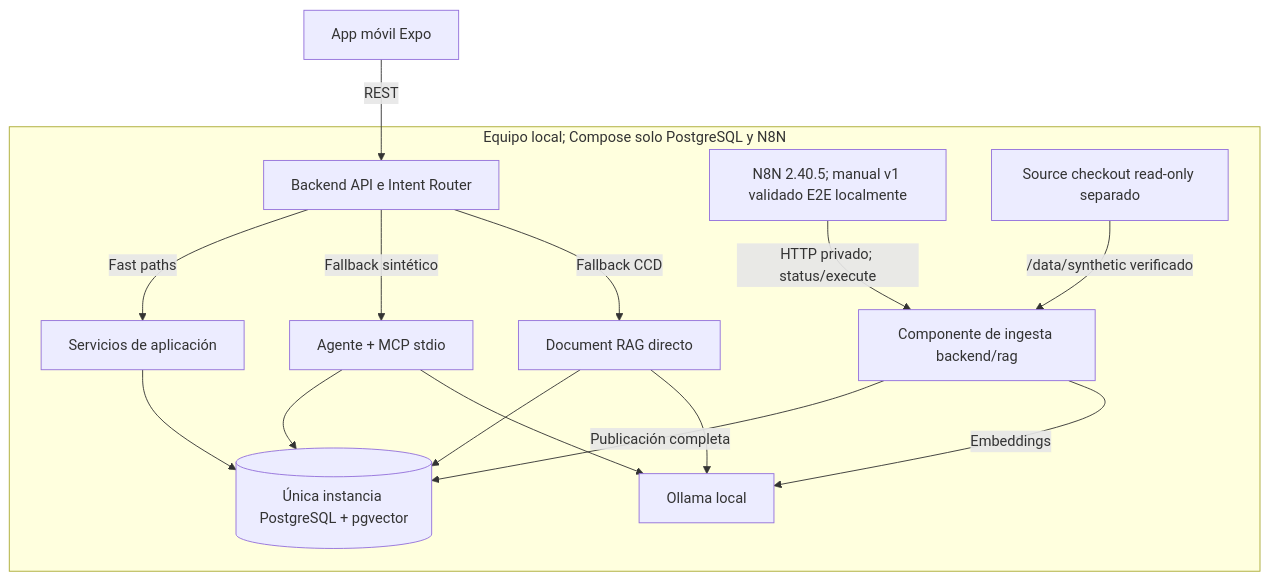
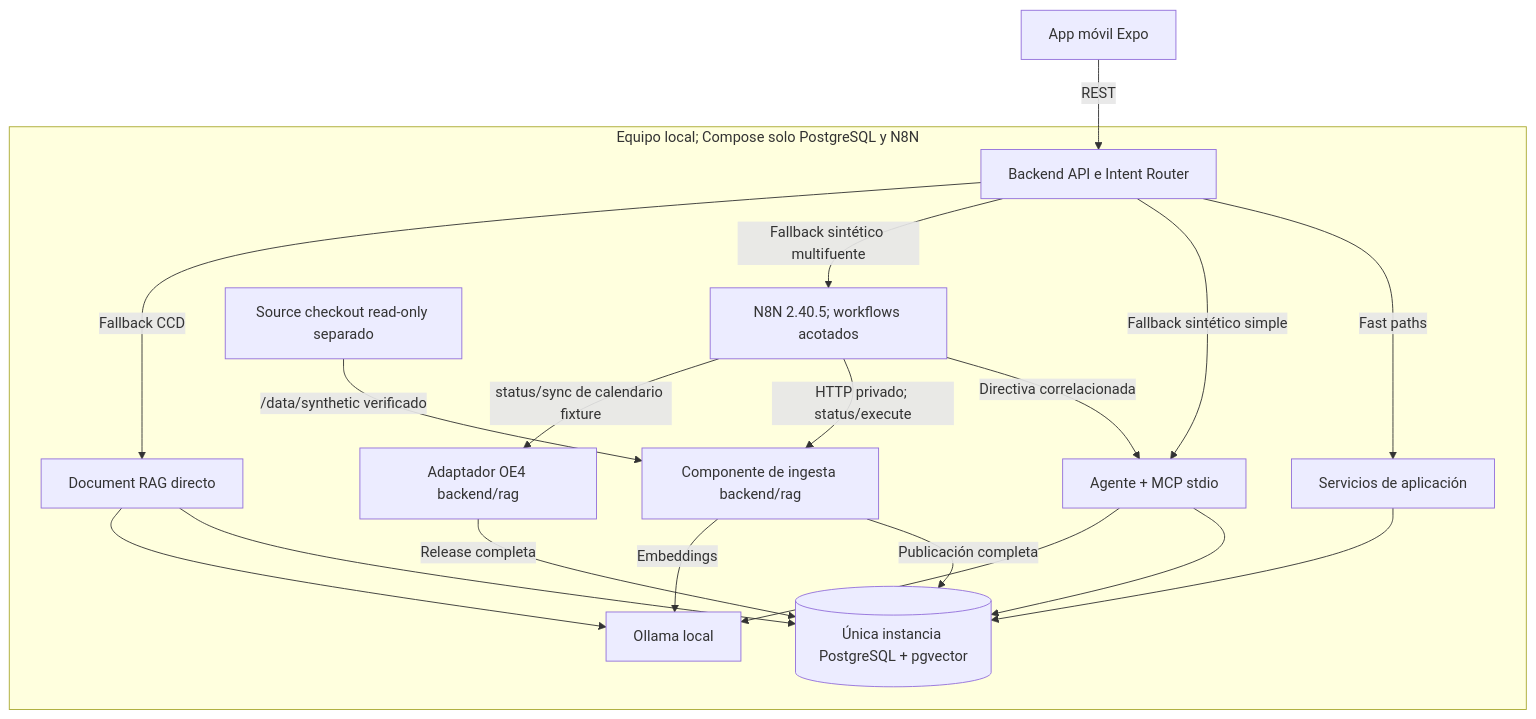
Before and after one commit to XeyKG/BanuChat_: the fourth of 4 diagrams in docs/arquitectura.md, drawn with Mermaid. The commit also changed other lines of this file and 22 other files, not shown here.

````diff
--- a/docs/arquitectura.md
+++ b/docs/arquitectura.md
@@ -212,18 +217,22 @@
 ```mermaid
 flowchart TB
     M["App móvil Expo"] -->|"REST"| B["Backend API e Intent Router"]
     subgraph LOCAL["Equipo local; Compose solo PostgreSQL y N8N"]
         B -->|"Fast paths"| S["Servicios de aplicación"]
-        B -->|"Fallback sintético"| A["Agente + MCP stdio"]
+        B -->|"Fallback sintético simple"| A["Agente + MCP stdio"]
+        B -->|"Fallback sintético multifuente"| N
+        N -->|"Directiva correlacionada"| A
         B -->|"Fallback CCD"| R["Document RAG directo"]
         A --> P
         A --> O
         R --> P
         R --> O
         S --> P[("Única instancia PostgreSQL + pgvector")]
-        N["N8N 2.40.5; manual v1 validado E2E localmente"] -->|"HTTP privado; status/execute"| I["Componente de ingesta backend/rag"]
+        N["N8N 2.40.5; workflows acotados"] -->|"HTTP privado; status/execute"| I["Componente de ingesta backend/rag"]
+        N -->|"status/sync de calendario fixture"| C["Adaptador OE4 backend/rag"]
+        C -->|"Release completa"| P
         I -->|"Publicación completa"| P
         I -->|"Embeddings"| O["Ollama local"]
         D["Source checkout read-only separado"] -->|"/data/synthetic verificado"| I
     end
 ```
````
